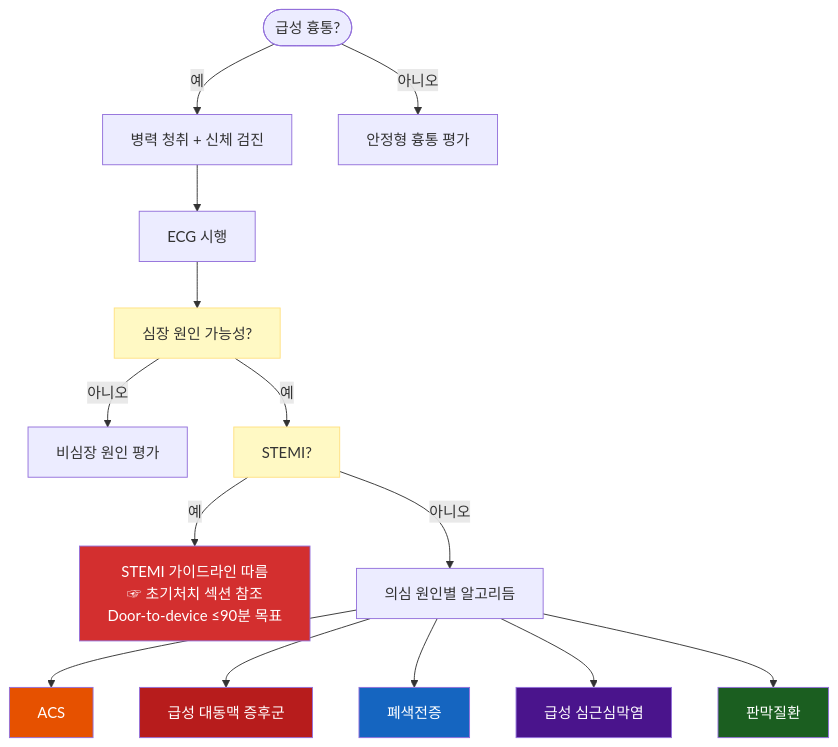
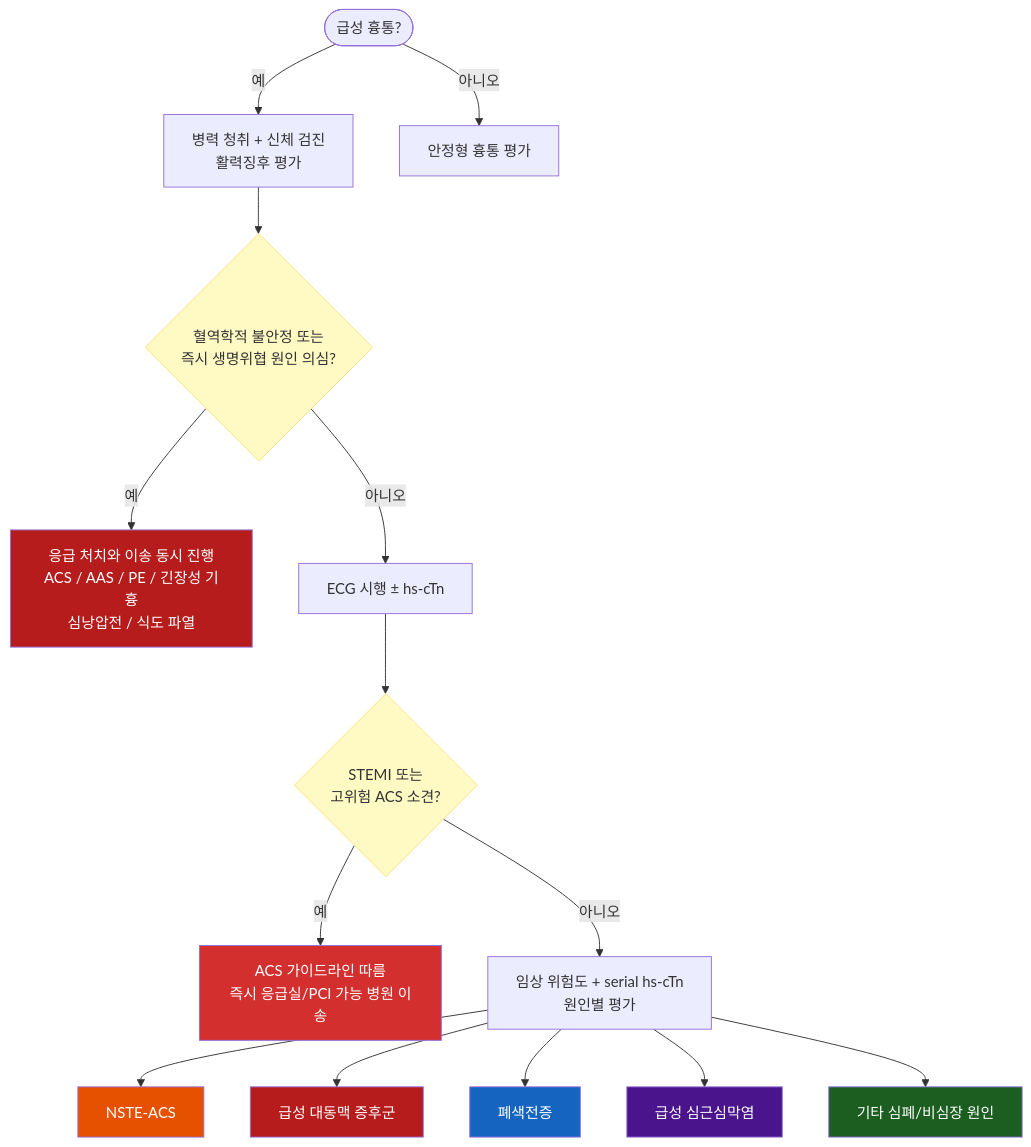
Before and after one commit to familyoh77/familyoh77: the second of 2 diagrams in 220_/002_-chest-pain.md, drawn with Mermaid. The commit also changed other lines of this file, not shown here.

````diff
--- a/220_/002_-chest-pain.md
+++ b/220_/002_-chest-pain.md
@@ -418,29 +261,29 @@
 ```mermaid
 flowchart TD
-    A(["급성 흉통?"]) -->|예| B["병력 청취 + 신체 검진"]
+    A(["급성 흉통?"]) -->|예| B["병력 청취 + 신체 검진<br>활력징후 평가"]
     A -->|아니오| Z["안정형 흉통 평가"]
 
-    B --> C["ECG 시행"]
+    B --> L{"혈역학적 불안정 또는<br>즉시 생명위협 원인 의심?"}
+    L -->|예| R["응급 처치와 이송 동시 진행<br>ACS / AAS / PE / 긴장성 기흉<br>심낭압전 / 식도 파열"]
+    L -->|아니오| C["ECG 시행 ± hs-cTn"]
 
-    C --> P["심장 원인 가능성?"]
-    P -->|아니오| F["비심장 원인 평가"]
-    P -->|예| Q["STEMI?"]
+    C --> Q{"STEMI 또는<br>고위험 ACS 소견?"}
+    Q -->|예| D["ACS 가이드라인 따름<br>즉시 응급실/PCI 가능 병원 이송"]
+    Q -->|아니오| E["임상 위험도 + serial hs-cTn<br>원인별 평가"]
 
-    Q -->|예| D["STEMI 가이드라인 따름<br>☞ 초기처치 섹션 참조<br>Door-to-device ≤90분 목표"]
-    Q -->|아니오| E["의심 원인별 알고리듬"]
-
-    E --> G["ACS"]
+    E --> G["NSTE-ACS"]
     E --> H["급성 대동맥 증후군"]
     E --> I["폐색전증"]
     E --> J["급성 심근심막염"]
-    E --> K["판막질환"]
+    E --> K["기타 심폐/비심장 원인"]
 
-    style P fill:#fff9c4,stroke:#ffe082
+    style L fill:#fff9c4,stroke:#ffe082
+    style R fill:#b71c1c,color:#fff
     style Q fill:#fff9c4,stroke:#ffe082
     style D fill:#d32f2f,color:#fff
     style G fill:#e65100,color:#fff
     style H fill:#b71c1c,color:#fff
     style I fill:#1565c0,color:#fff
     style J fill:#4a148c,color:#fff
     style K fill:#1b5e20,color:#fff
 ```
````
